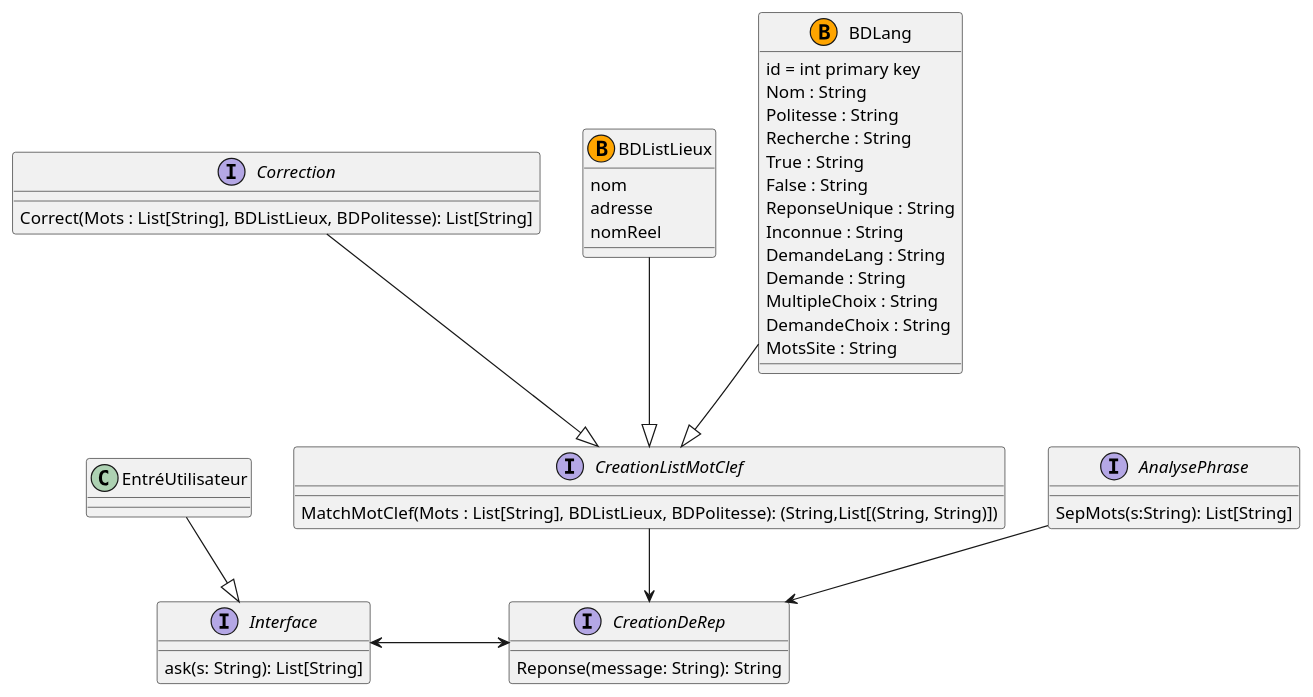
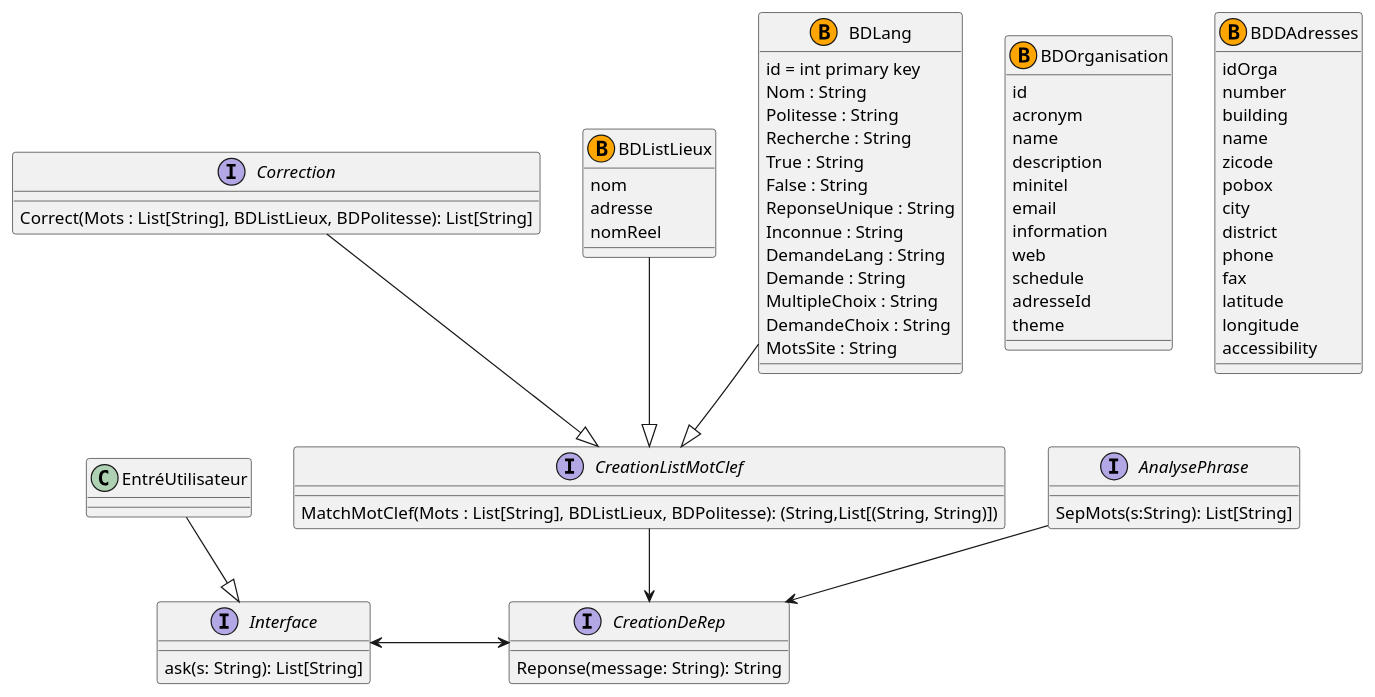
Before and after one commit to spc-ezual/AvatarProjet: the diagram in doc/DiagrammeV2.plantuml, drawn with PlantUML. The commit also changed 2 other files, not shown here.

```diff
--- a/doc/DiagrammeV2.plantuml
+++ b/doc/DiagrammeV2.plantuml
@@ -2,57 +2,86 @@
 @startuml Avatar
 
 interface CreationListMotClef{
     MatchMotClef(Mots : List[String], BDListLieux, BDPolitesse): (String,List[(String, String)])
 }
 
 interface AnalysePhrase{
     SepMots(s:String): List[String]
 }
 interface CreationDeRep{
     Reponse(message: String): String
 }
 interface Correction{
     Correct(Mots : List[String], BDListLieux, BDPolitesse): List[String]
 }
 
 interface Interface{
     ask(s: String): List[String]
     
 }
 
 Interface <-> CreationDeRep
 AnalysePhrase --> CreationDeRep
 Correction --|> CreationListMotClef
 
 
 
 
 class BDListLieux <<(B,Orange)>>{
     nom 
     adresse
     nomReel
 }
 
 class BDLang <<(B,Orange)>>{
     id = int primary key
     Nom : String
     Politesse : String
     Recherche : String
     True : String
     False : String
     ReponseUnique : String
     Inconnue : String
     DemandeLang : String
     Demande : String
     MultipleChoix : String
     DemandeChoix : String
     MotsSite : String
 
 }
+class BDOrganisation<<(B,Orange)>>{
+    id
+    acronym
+    name
+    description
+    minitel
+    email
+    information
+    web
+    schedule
+    adresseId
+    theme
+}
+class BDDAdresses<<(B,Orange)>>{
+    idOrga
+    number
+    building
+    name
+    zicode
+    pobox
+    city
+    district
+    phone
+    fax
+    latitude
+    longitude
+    accessibility
+}
 CreationListMotClef --> CreationDeRep
 BDListLieux --|> CreationListMotClef
 BDLang --|> CreationListMotClef
 
 EntréUtilisateur --|> Interface
 
+
 @enduml
```
